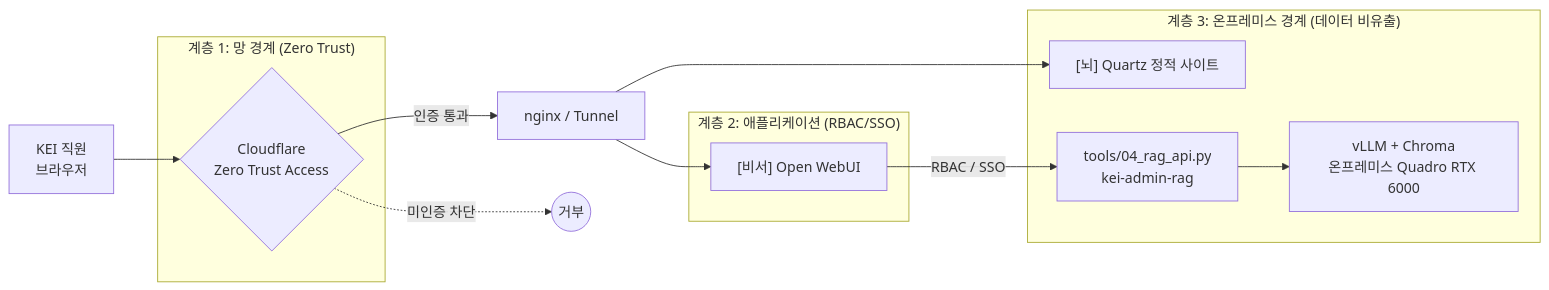
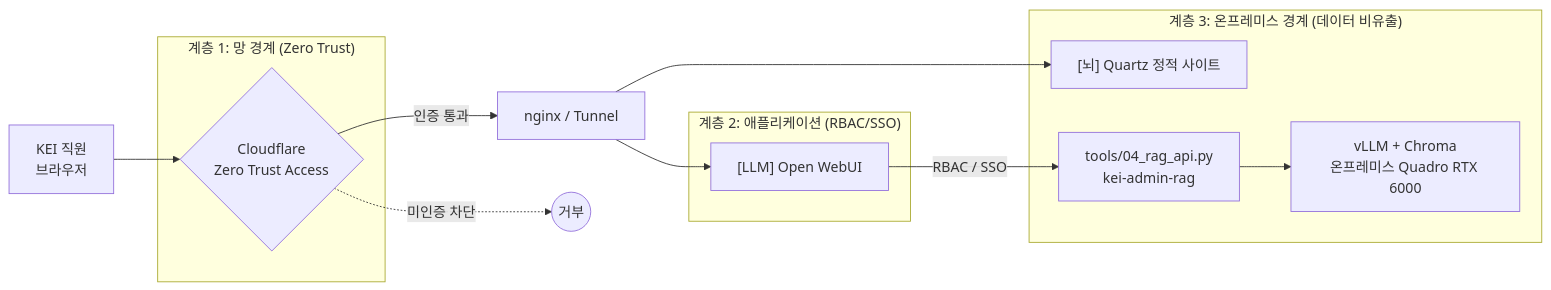
One commit to mooner92/KEIAdminSuperv changed the first of 4 diagrams in docs/07-security-governance.md. Above: the diagram before and after it, drawn with Mermaid. The commit also changed other lines of this file and 91 other files, not shown here.

````diff
--- a/docs/07-security-governance.md
+++ b/docs/07-security-governance.md
@@ -32,22 +32,22 @@
 ```mermaid
 flowchart LR
     U[KEI 직원<br/>브라우저] --> CF{Cloudflare<br/>Zero Trust Access}
     CF -->|인증 통과| NG[nginx / Tunnel]
     CF -.->|미인증 차단| X((거부))
     NG --> Q["[뇌] Quartz 정적 사이트"]
-    NG --> W["[비서] Open WebUI"]
+    NG --> W["[LLM] Open WebUI"]
     W -->|RBAC / SSO| RAG["tools/04_rag_api.py<br/>kei-admin-rag"]
     RAG --> V["vLLM + Chroma<br/>온프레미스 Quadro RTX 6000"]
 
     subgraph 망경계["계층 1: 망 경계 (Zero Trust)"]
         CF
     end
     subgraph 앱["계층 2: 애플리케이션 (RBAC/SSO)"]
         W
     end
     subgraph 온프렘["계층 3: 온프레미스 경계 (데이터 비유출)"]
         Q
         RAG
         V
     end
 ```
````
